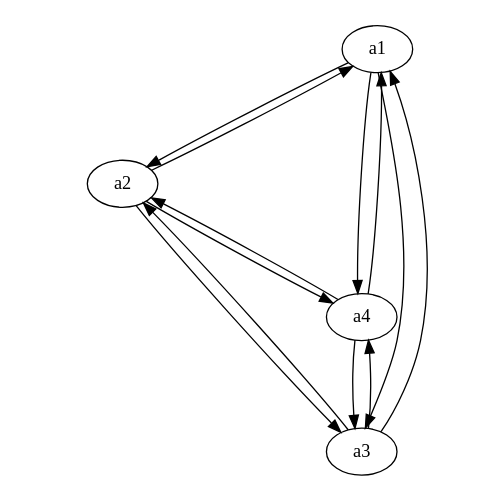
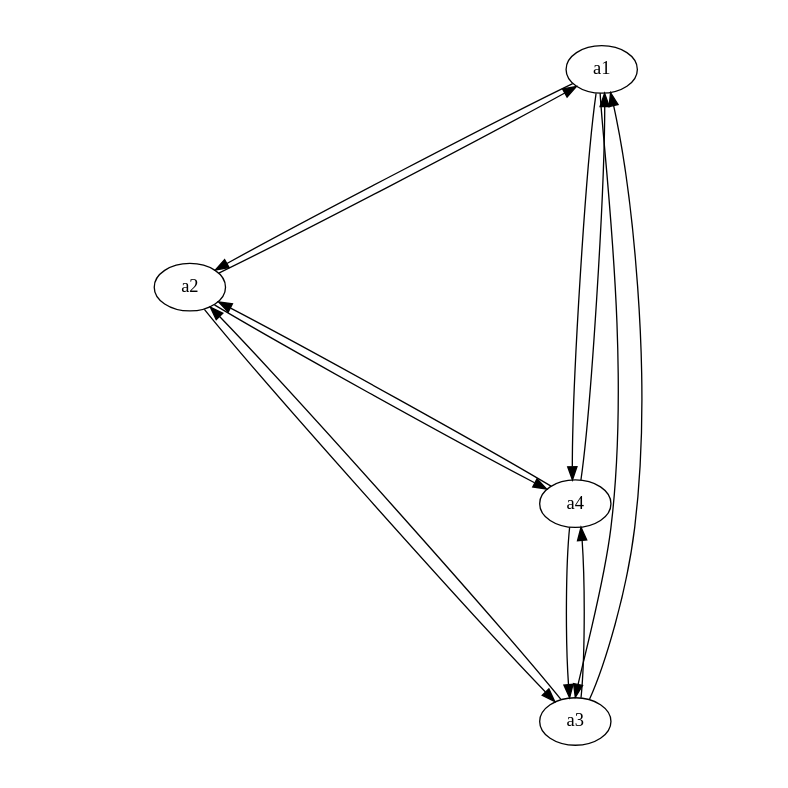
One commit to jonhoo/simio changed the diagram in examples/graphs/complete.gv. Above: the diagram before and after it, drawn with Graphviz.

Commit message:
Increas complete graph size

```diff
--- a/examples/graphs/complete.gv
+++ b/examples/graphs/complete.gv
@@ -1,24 +1,24 @@
 digraph {
-  size="5,5!";
+  size="8,8!";
   ratio="fill";
   a1;
   a2;
   a3;
   a4;
 
   a1 -> a2;
   a1 -> a3;
   a1 -> a4;
 
   a2 -> a1;
   a2 -> a3;
   a2 -> a4;
 
   a3 -> a1;
   a3 -> a2;
   a3 -> a4;
 
   a4 -> a1;
   a4 -> a2;
   a4 -> a3;
 }
```
